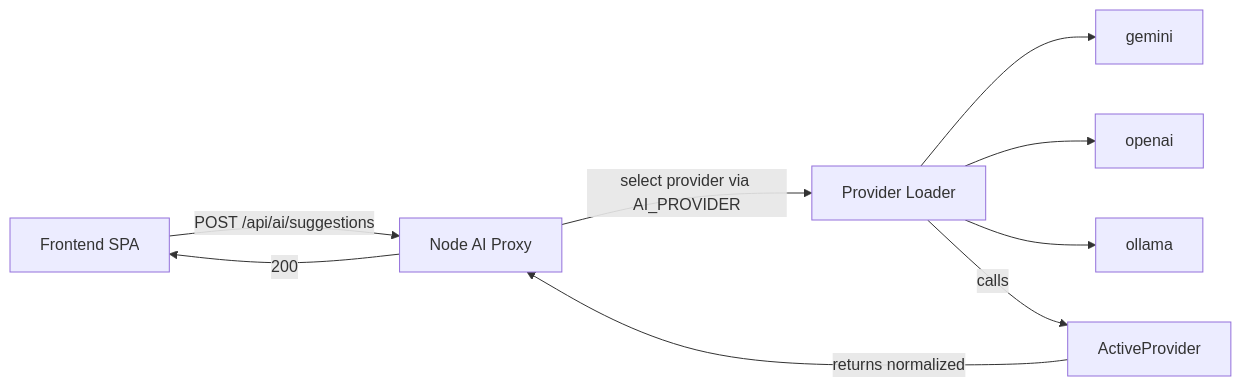
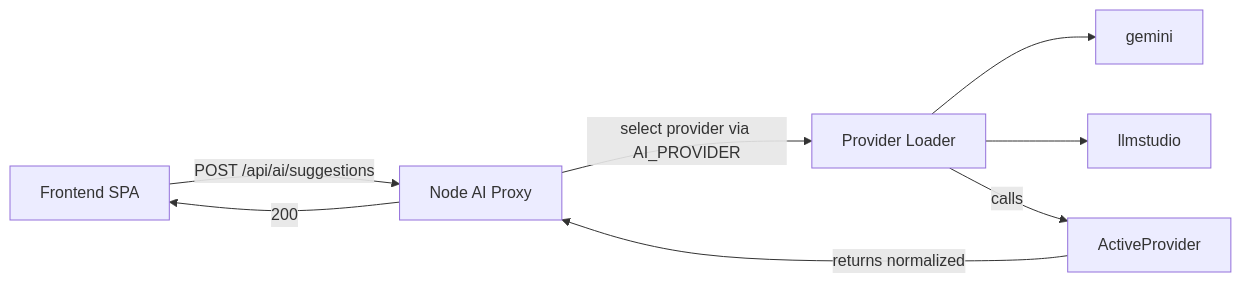
One commit to patrickcruzutfpr/family-budget-app changed the third of 3 diagrams in server/docs/diagrams.md. Above: the diagram before and after it, drawn with Mermaid. The commit also changed other lines of this file and 13 other files, not shown here.

````diff
--- a/server/docs/diagrams.md
+++ b/server/docs/diagrams.md
@@ -55,11 +61,10 @@
 ```mermaid
 flowchart LR
   SPA[Frontend SPA] -->|POST /api/ai/suggestions| Proxy[Node AI Proxy]
   Proxy -->|select provider via AI_PROVIDER| Loader[Provider Loader]
   Loader --> Gemini[gemini]
-  Loader --> OpenAI[openai]
-  Loader --> Ollama[ollama]
+  Loader --> LLMStudio[llmstudio]
   Loader -->|calls| ActiveProvider
   ActiveProvider -->|returns normalized| Proxy
   Proxy -->|200| SPA
 ```
````
